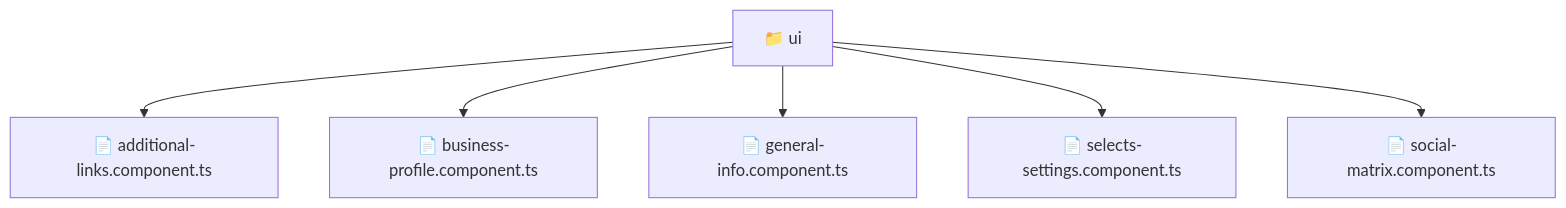
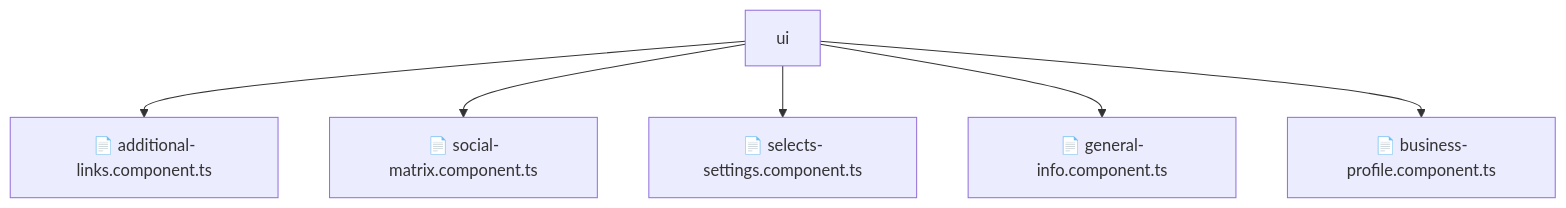
One commit to beginwebdev2002/fullstack-mavluda changed the diagram in frontend/src/pages/settings/ui/README.md. Above: the diagram before and after it, drawn with Mermaid. The commit also changed other lines of this file and 155 other files, not shown here.

````diff
--- a/frontend/src/pages/settings/ui/README.md
+++ b/frontend/src/pages/settings/ui/README.md
@@ -10,9 +14,9 @@
 ```mermaid
 graph TD
-  Root["📁 ui"]
-  Root --> additionallinkscomponentts["📄 additional-links.component.ts"]
-  Root --> businessprofilecomponentts["📄 business-profile.component.ts"]
-  Root --> generalinfocomponentts["📄 general-info.component.ts"]
-  Root --> selectssettingscomponentts["📄 selects-settings.component.ts"]
-  Root --> socialmatrixcomponentts["📄 social-matrix.component.ts"]
+    Root[ui]
+    Root --> F0[📄 additional-links.component.ts]
+    Root --> F1[📄 social-matrix.component.ts]
+    Root --> F2[📄 selects-settings.component.ts]
+    Root --> F3[📄 general-info.component.ts]
+    Root --> F4[📄 business-profile.component.ts]
 ```
````
